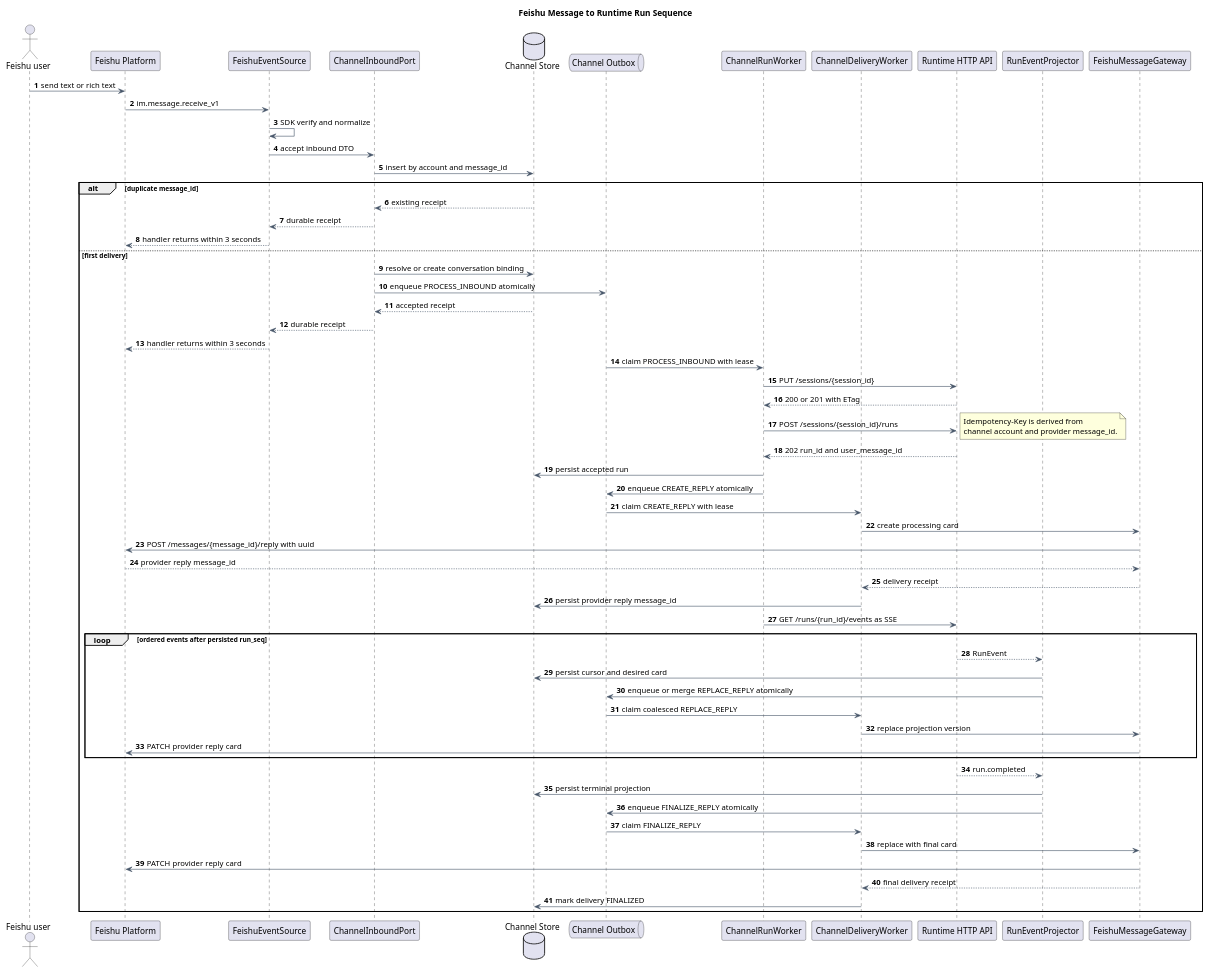
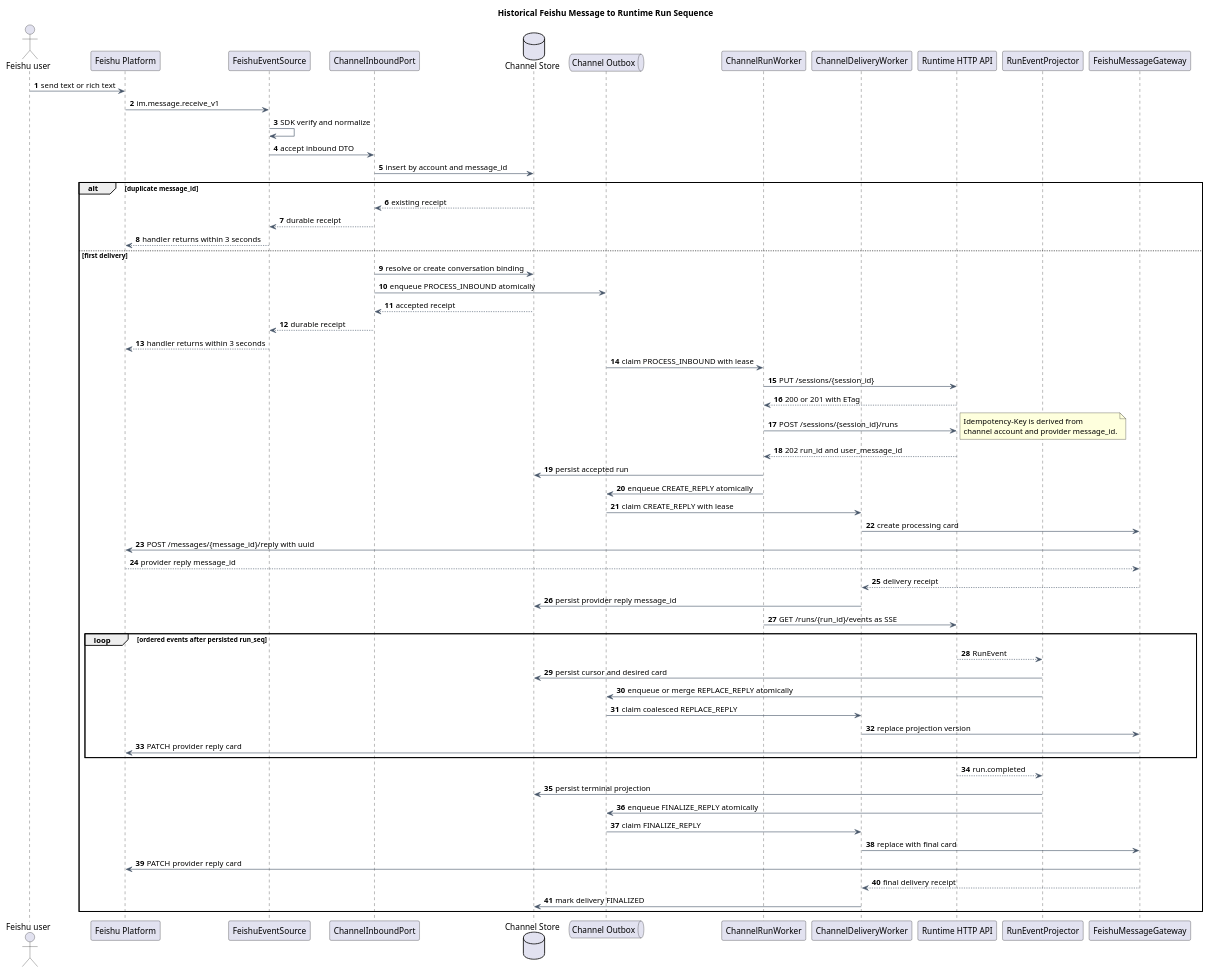
Before and after one commit to ssm0808/pi-mono-java-design: the second of 2 diagrams in pi-mono-java-manager-driven-multi-agent-runtime/channel-feishu-v1/diagram.puml, drawn with PlantUML. The commit also changed other lines of this file and 34 other files, not shown here.

```diff
--- a/pi-mono-java-manager-driven-multi-agent-runtime/channel-feishu-v1/diagram.puml
+++ b/pi-mono-java-manager-driven-multi-agent-runtime/channel-feishu-v1/diagram.puml
@@ -72,82 +72,83 @@
 @startuml feishu_message_sequence
-title Feishu Message to Runtime Run Sequence
+title Historical Feishu Message to Runtime Run Sequence
 
 ' Source evidence: pi-mono-java-manager-driven-multi-agent-runtime/chat-http-v1.openapi.yaml, createSession, createRun, and getRunEvents
 ' Feishu evidence: im.message.receive_v1, message reply API, and message card PATCH API official documents
-' Target-only design: provider receipt and Runtime execution are separated by a durable outbox.
+' Historical target-only design: provider receipt and Runtime execution were separated by a durable outbox.
+' Current target: this Run-based sequence is frozen and requires redesign against Session Events.
 ' Design reason: the Feishu handler deadline is shorter than an Agent run and duplicate delivery is expected.
 
 skinparam backgroundColor #FFFFFF
 skinparam shadowing false
 skinparam ArrowColor #475569
 skinparam defaultFontName sans-serif
 
 autonumber
 actor "Feishu user" as User
 participant "Feishu Platform" as Feishu
 participant "FeishuEventSource" as Source
 participant "ChannelInboundPort" as Inbound
 database "Channel Store" as Store
 queue "Channel Outbox" as Outbox
 participant "ChannelRunWorker" as RunWorker
 participant "ChannelDeliveryWorker" as DeliveryWorker
 participant "Runtime HTTP API" as Runtime
 participant "RunEventProjector" as Projector
 participant "FeishuMessageGateway" as Gateway
 
 User -> Feishu : send text or rich text
 Feishu -> Source : im.message.receive_v1
 Source -> Source : SDK verify and normalize
 Source -> Inbound : accept inbound DTO
 Inbound -> Store : insert by account and message_id
 
 alt duplicate message_id
   Store --> Inbound : existing receipt
   Inbound --> Source : durable receipt
   Source --> Feishu : handler returns within 3 seconds
 else first delivery
   Inbound -> Store : resolve or create conversation binding
   Inbound -> Outbox : enqueue PROCESS_INBOUND atomically
   Store --> Inbound : accepted receipt
   Inbound --> Source : durable receipt
   Source --> Feishu : handler returns within 3 seconds
 
   Outbox -> RunWorker : claim PROCESS_INBOUND with lease
   RunWorker -> Runtime : PUT /sessions/{session_id}
   Runtime --> RunWorker : 200 or 201 with ETag
   RunWorker -> Runtime : POST /sessions/{session_id}/runs
   note right
     Idempotency-Key is derived from
     channel account and provider message_id.
   end note
   Runtime --> RunWorker : 202 run_id and user_message_id
   RunWorker -> Store : persist accepted run
   RunWorker -> Outbox : enqueue CREATE_REPLY atomically
   Outbox -> DeliveryWorker : claim CREATE_REPLY with lease
   DeliveryWorker -> Gateway : create processing card
   Gateway -> Feishu : POST /messages/{message_id}/reply with uuid
   Feishu --> Gateway : provider reply message_id
   Gateway --> DeliveryWorker : delivery receipt
   DeliveryWorker -> Store : persist provider reply message_id
 
   RunWorker -> Runtime : GET /runs/{run_id}/events as SSE
   loop ordered events after persisted run_seq
     Runtime --> Projector : RunEvent
     Projector -> Store : persist cursor and desired card
     Projector -> Outbox : enqueue or merge REPLACE_REPLY atomically
     Outbox -> DeliveryWorker : claim coalesced REPLACE_REPLY
     DeliveryWorker -> Gateway : replace projection version
     Gateway -> Feishu : PATCH provider reply card
   end
 
   Runtime --> Projector : run.completed
   Projector -> Store : persist terminal projection
   Projector -> Outbox : enqueue FINALIZE_REPLY atomically
   Outbox -> DeliveryWorker : claim FINALIZE_REPLY
   DeliveryWorker -> Gateway : replace with final card
   Gateway -> Feishu : PATCH provider reply card
   Gateway --> DeliveryWorker : final delivery receipt
   DeliveryWorker -> Store : mark delivery FINALIZED
 end
 
 @enduml
```
